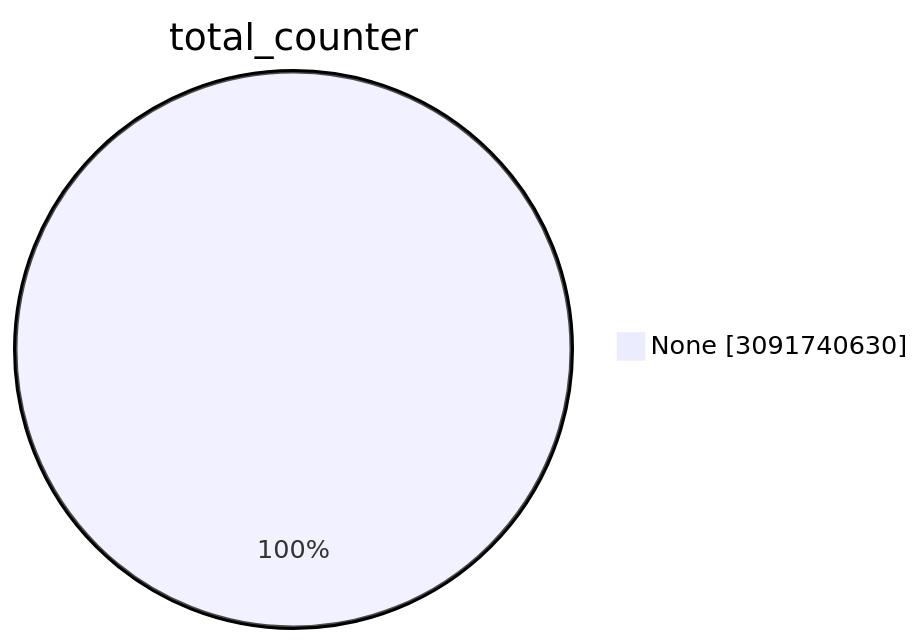
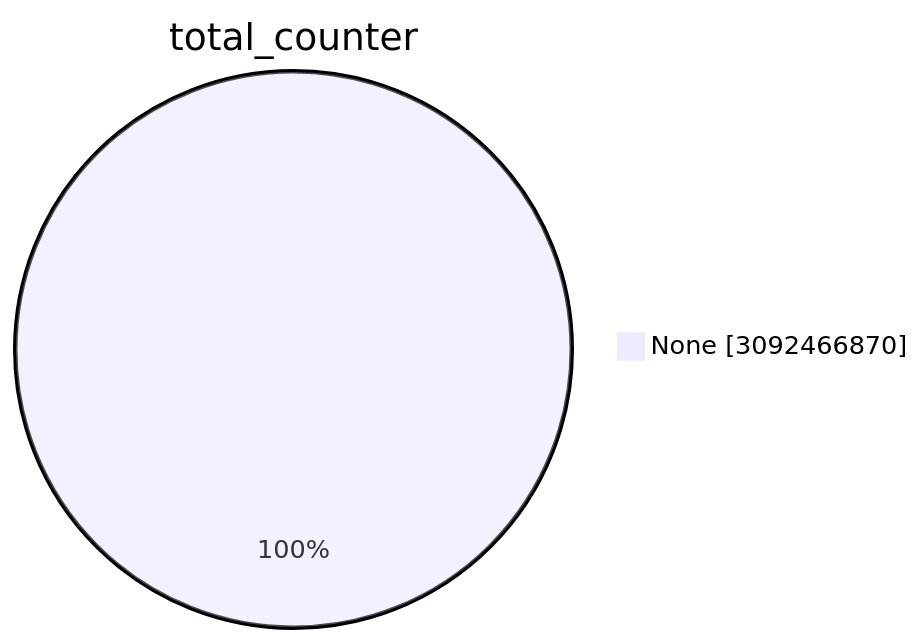
One commit to christiankrug/ctmonitor_visualization changed the first of 15 diagrams in TOTAL/README.md. Above: the diagram before and after it, drawn with Mermaid. The commit also changed other lines of this file, not shown here.

````diff
--- a/TOTAL/README.md
+++ b/TOTAL/README.md
@@ -1,5 +1,5 @@
 ```mermaid
 pie showData
 title total_counter
-"None" :3091740630
+"None" :3092466870
 ```
````
